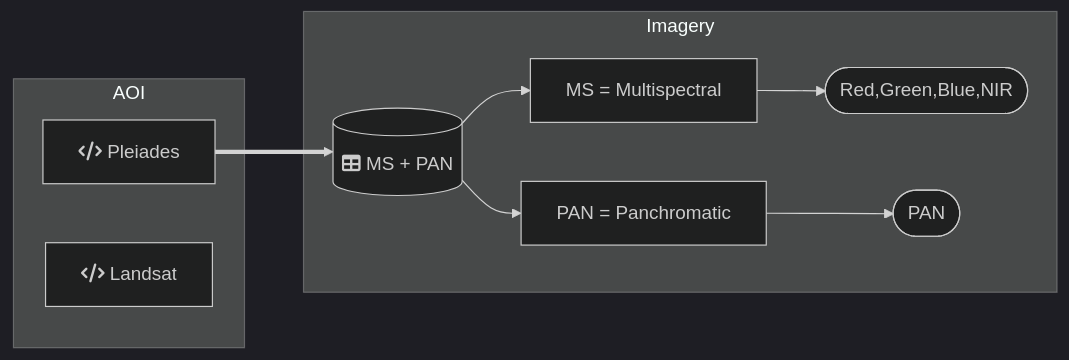
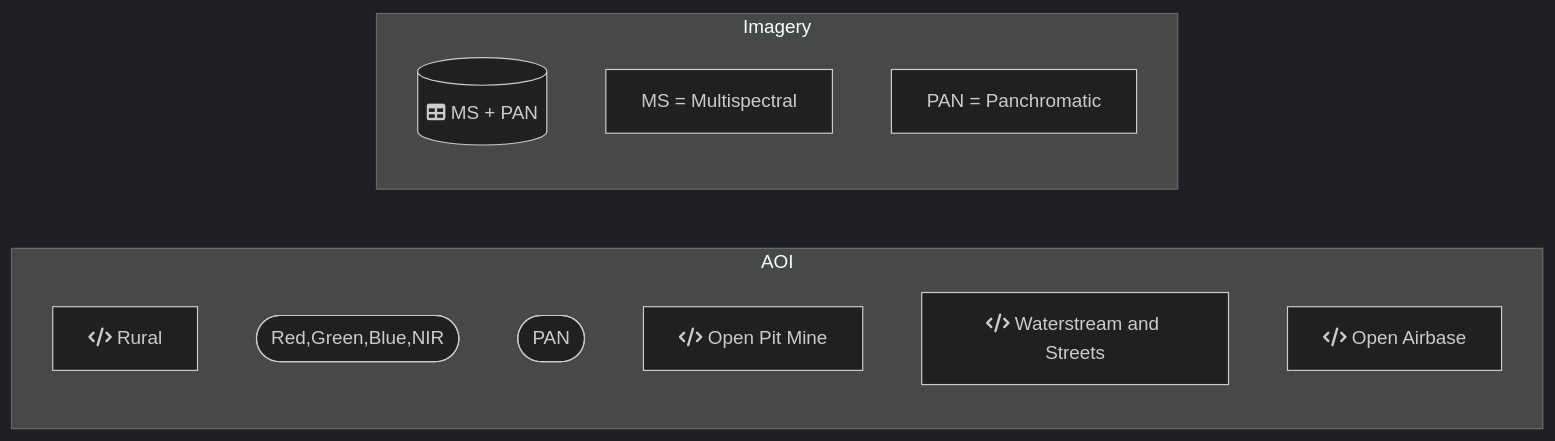
The diagram in Application/README.md (DippoldEJ/Feature-Detection-and-Explanation), drawn with Mermaid (dark theme) before and after one commit.

````diff
--- a/Application/README.md
+++ b/Application/README.md
@@ -13,22 +13,22 @@
 ```mermaid
 flowchart LR;
 
 subgraph AOI
-    s[fa:fa-code Pleiades]
-    a[fa:fa-code Landsat]
+    a[fa:fa-code Rural]
+    b[fa:fa-code Urban]
+    c[fa:fa-code Industrial]
+    d[fa:fa-code Open Pit Mine]
+    e[fa:fa-code Waterstream and Streets]
+    f[fa:fa-code Open Airbase]
     end
 
  subgraph Imagery
         db[(fa:fa-table MS + PAN)]
         m[MS = Multispectral]
         p[PAN = Panchromatic]
         b([Red,Green,Blue,NIR])
         c([PAN])
     end
 
-    s==>db
-    db-->m
-    db-->p
-    m-->b
-    p-->c
+
 ```
````
